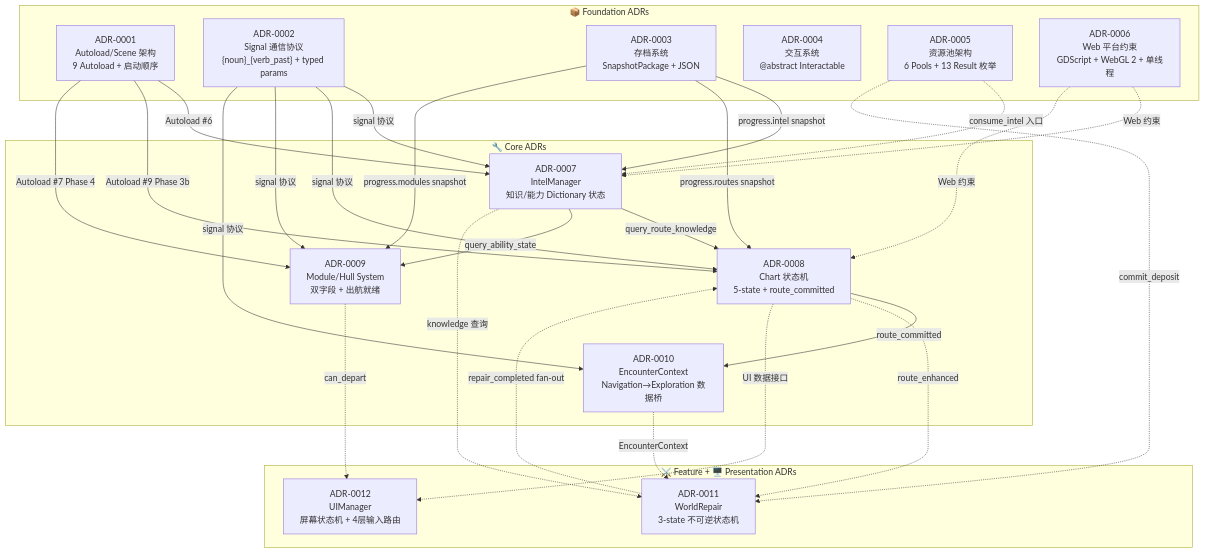
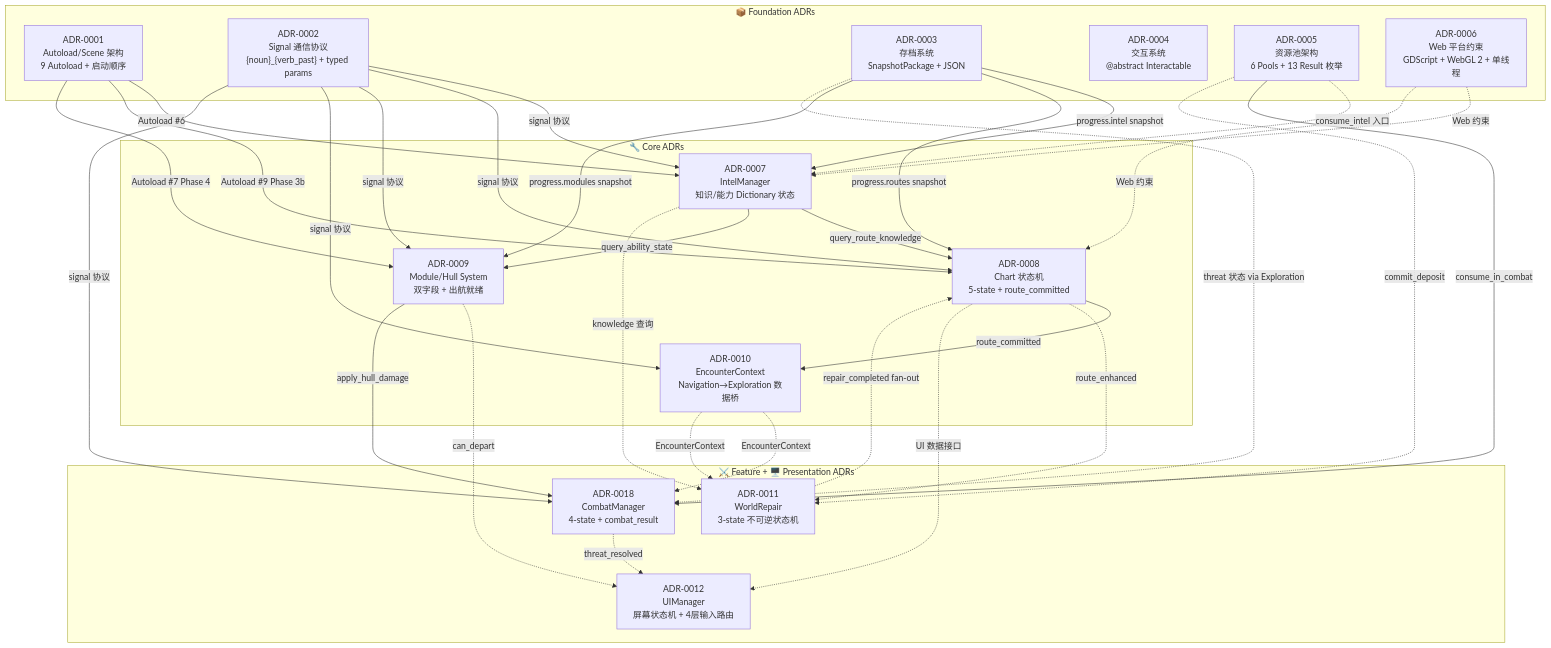
The third of 11 diagrams in docs/document-index.md (lieinsay/Claude-Code-Game-Studios), drawn with Mermaid before and after one commit. The commit also changed other lines of this file, not shown here.

First line of the commit message:
更新 document-index.md Mermaid 图 — 反映 ADR-0018 架构

````diff
--- a/docs/document-index.md
+++ b/docs/document-index.md
@@ -255,54 +255,61 @@
 ```mermaid
 graph TB
     subgraph Foundation["📦 Foundation ADRs"]
         ADR1["ADR-0001<br/>Autoload/Scene 架构<br/>9 Autoload + 启动顺序"]
         ADR2["ADR-0002<br/>Signal 通信协议<br/>{noun}_{verb_past} + typed params"]
         ADR3["ADR-0003<br/>存档系统<br/>SnapshotPackage + JSON"]
         ADR4["ADR-0004<br/>交互系统<br/>@abstract Interactable"]
         ADR5["ADR-0005<br/>资源池架构<br/>6 Pools + 13 Result 枚举"]
         ADR6["ADR-0006<br/>Web 平台约束<br/>GDScript + WebGL 2 + 单线程"]
     end
 
     subgraph Core["🔧 Core ADRs"]
         ADR7["ADR-0007<br/>IntelManager<br/>知识/能力 Dictionary 状态"]
         ADR8["ADR-0008<br/>Chart 状态机<br/>5-state + route_committed"]
         ADR9["ADR-0009<br/>Module/Hull System<br/>双字段 + 出航就绪"]
         ADR10["ADR-0010<br/>EncounterContext<br/>Navigation→Exploration 数据桥"]
     end
 
     subgraph Feature_Presentation["⚔️ Feature + 🖥️ Presentation ADRs"]
         ADR11["ADR-0011<br/>WorldRepair<br/>3-state 不可逆状态机"]
+        ADR18["ADR-0018<br/>CombatManager<br/>4-state + combat_result"]
         ADR12["ADR-0012<br/>UIManager<br/>屏幕状态机 + 4层输入路由"]
     end
 
     %% Foundation→Core
     ADR1 -->|"Autoload #6"| ADR7
     ADR1 -->|"Autoload #9 Phase 3b"| ADR8
     ADR1 -->|"Autoload #7 Phase 4"| ADR9
     ADR2 -->|"signal 协议"| ADR7
     ADR2 -->|"signal 协议"| ADR8
     ADR2 -->|"signal 协议"| ADR9
     ADR2 -->|"signal 协议"| ADR10
+    ADR2 -->|"signal 协议"| ADR18
     ADR3 -->|"progress.intel snapshot"| ADR7
     ADR3 -->|"progress.routes snapshot"| ADR8
     ADR3 -->|"progress.modules snapshot"| ADR9
+    ADR3 -.->|"threat 状态 via Exploration"| ADR18
     ADR5 -.->|"consume_intel 入口"| ADR7
+    ADR5 -->|"consume_in_combat"| ADR18
     ADR6 -.->|"Web 约束"| ADR7
     ADR6 -.->|"Web 约束"| ADR8
 
     %% Core→Core
     ADR7 -->|"query_route_knowledge"| ADR8
     ADR7 -->|"query_ability_state"| ADR9
     ADR8 -->|"route_committed"| ADR10
 
     %% Core→Feature
     ADR7 -.->|"knowledge 查询"| ADR11
     ADR5 -.->|"commit_deposit"| ADR11
     ADR8 -.->|"route_enhanced"| ADR11
     ADR8 -.->|"UI 数据接口"| ADR12
     ADR9 -.->|"can_depart"| ADR12
+    ADR9 -->|"apply_hull_damage"| ADR18
+    ADR10 -.->|"EncounterContext"| ADR18
 
     %% Feature internal
     ADR11 -.->|"repair_completed fan-out"| ADR8
     ADR10 -.->|"EncounterContext"| ADR11
+    ADR18 -.->|"threat_resolved"| ADR12
 ```
````
